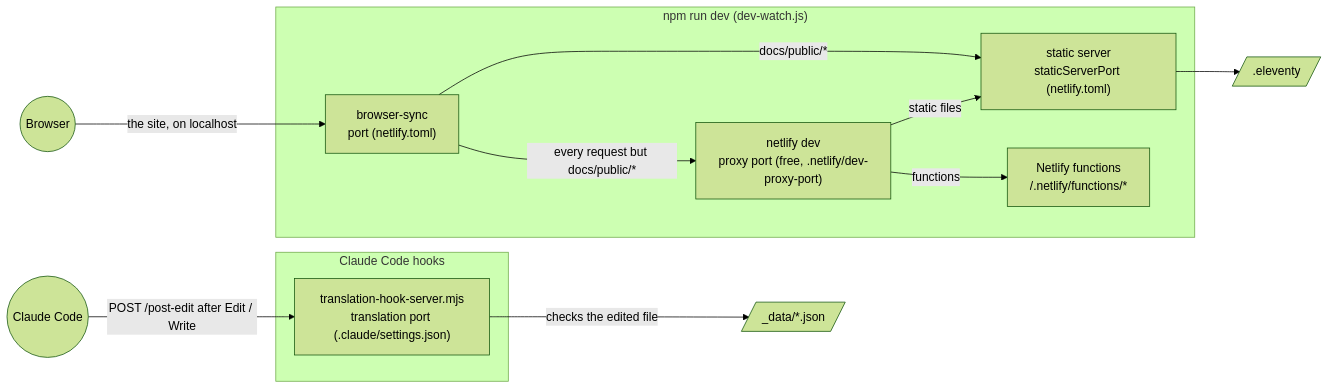
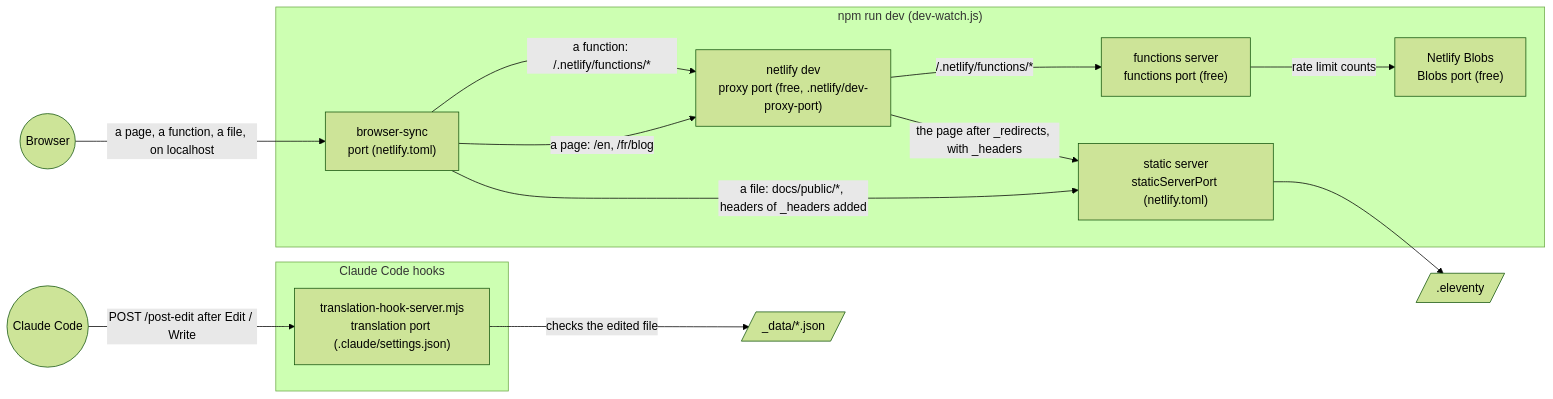
The first of 2 diagrams in README.md (nicoboga4075/Portfolio), drawn with Mermaid (forest theme) before and after one commit. The commit also changed other lines of this file, not shown here.

Commit message:
📝 Explain the proxy, static and other ports of npm run dev
Closes #525

````diff
--- a/README.md
+++ b/README.md
@@ -61,27 +72,30 @@
 ```mermaid
 flowchart LR
   browser(("Browser"))
   claude(("Claude Code"))
 
   subgraph dev ["npm run dev (dev-watch.js)"]
     bs["browser-sync<br/>port (netlify.toml)"]
     nd["netlify dev<br/>proxy port (free, .netlify/dev-proxy-port)"]
     st["static server<br/>staticServerPort (netlify.toml)"]
-    fn["Netlify functions<br/>/.netlify/functions/*"]
+    fn["functions server<br/>functions port (free)"]
+    bl["Netlify Blobs<br/>Blobs port (free)"]
   end
   out[/".eleventy"/]
 
   subgraph hooks ["Claude Code hooks"]
     th["translation-hook-server.mjs<br/>translation port (.claude/settings.json)"]
   end
   data[/"_data/*.json"/]
 
-  browser -->|"the site, on localhost"| bs
-  bs -->|"every request but docs/public/*"| nd
-  bs -->|"docs/public/*"| st
-  nd -->|"static files"| st
-  nd -->|"functions"| fn
+  browser -->|"a page, a function, a file, on localhost"| bs
+  bs -->|"a page: /en, /fr/blog"| nd
+  bs -->|"a function: /.netlify/functions/*"| nd
+  bs -->|"a file: docs/public/*, headers of _headers added"| st
+  nd -->|"the page after _redirects, with _headers"| st
+  nd -->|"/.netlify/functions/*"| fn
+  fn -->|"rate limit counts"| bl
   st --> out
   claude -->|"POST /post-edit after Edit / Write"| th
   th -->|"checks the edited file"| data
 ```
````
